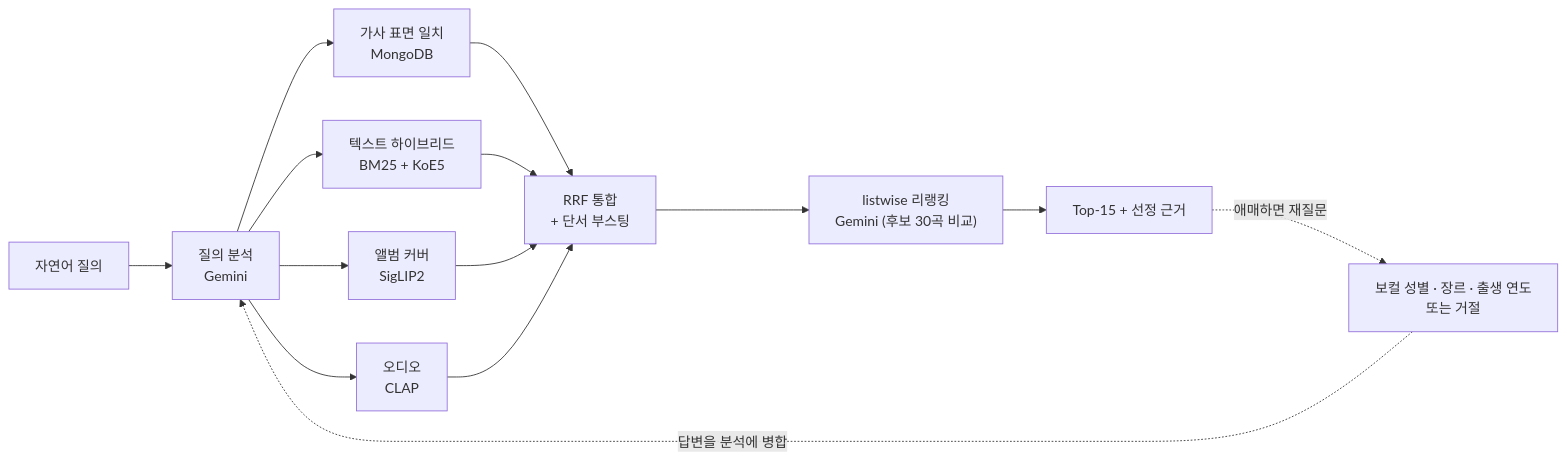
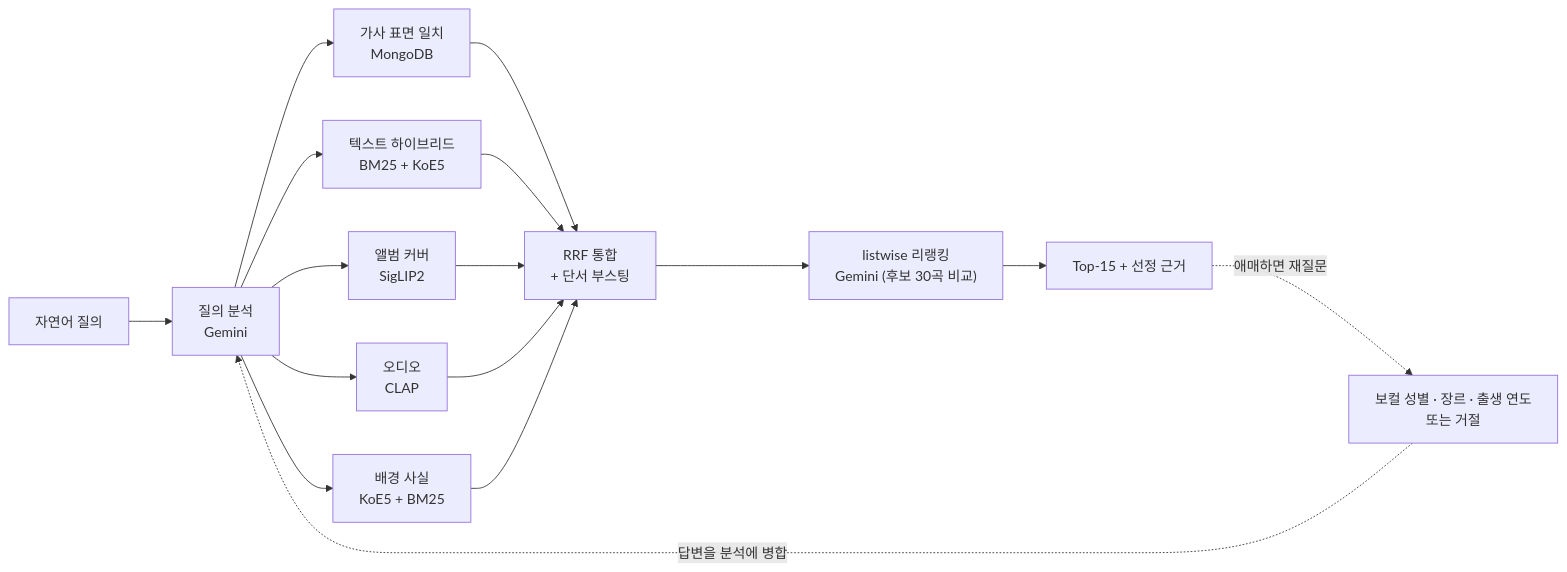
The diagram in README.md (notvague/vague-finder), drawn with Mermaid before and after one commit. The commit also changed other lines of this file and 7 other files, not shown here.

````diff
--- a/README.md
+++ b/README.md
@@ -41,13 +41,14 @@
 ```mermaid
 flowchart LR
     Q["자연어 질의"] --> A["질의 분석<br/>Gemini"]
     A --> L["가사 표면 일치<br/>MongoDB"]
     A --> T["텍스트 하이브리드<br/>BM25 + KoE5"]
     A --> I["앨범 커버<br/>SigLIP2"]
     A --> S["오디오<br/>CLAP"]
-    L & T & I & S --> F["RRF 통합<br/>+ 단서 부스팅"]
+    A --> X["배경 사실<br/>KoE5 + BM25"]
+    L & T & I & S & X --> F["RRF 통합<br/>+ 단서 부스팅"]
     F --> R["listwise 리랭킹<br/>Gemini (후보 30곡 비교)"]
     R --> O["Top-15 + 선정 근거"]
     O -.->|애매하면 재질문| C["보컬 성별 · 장르 · 출생 연도<br/>또는 거절"]
     C -.->|답변을 분석에 병합| A
 ```
````
